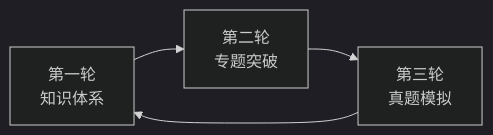
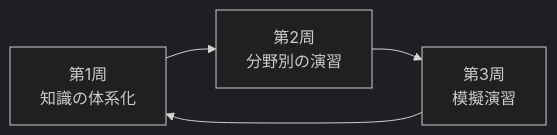
One commit to NoobCoderBigRoc/eju-math changed the diagram in docs/exam/strategy.md. Above: the diagram before and after it, drawn with Mermaid (dark theme). The commit also changed other lines of this file and 21 other files, not shown here.

````diff
--- a/docs/exam/strategy.md
+++ b/docs/exam/strategy.md
@@ -9,6 +9,6 @@
 ```mermaid
 graph LR
-  A[第一轮<br>知识体系] --> B[第二轮<br>专题突破]
-  B --> C[第三轮<br>真题模拟]
+  A[第1周<br>知識の体系化] --> B[第2周<br>分野別の演習]
+  B --> C[第3周<br>模擬演習]
   C --> A
 ```
````
